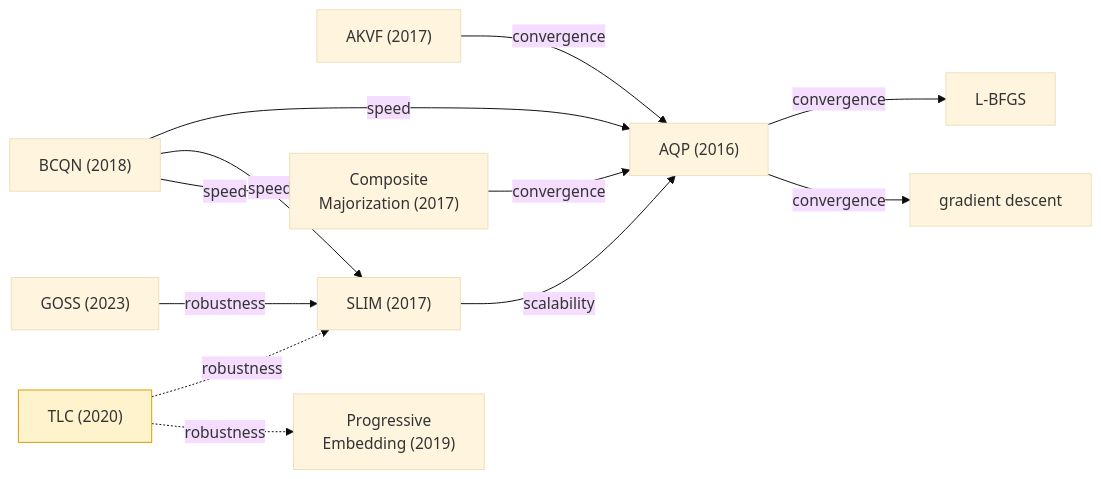
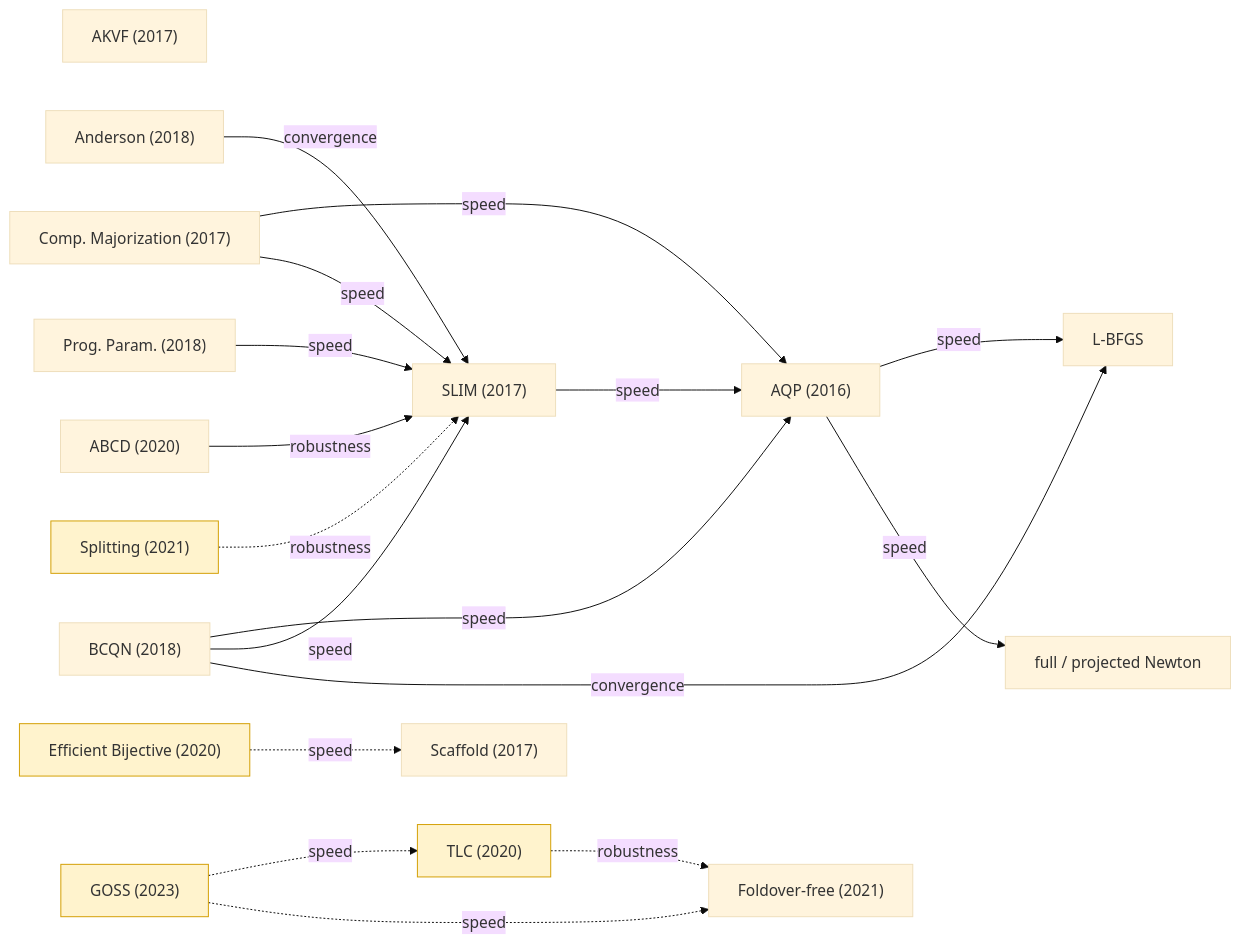
One commit to alecjacobson/mesh-elasticity-solver-benchmark changed the second of 4 diagrams in claims/README.md. Above: the diagram before and after it, drawn with Mermaid (base theme). The commit also changed other lines of this file and 1 other file, not shown here.

First line of the commit message:
Populate superiority-claims graph from per-paper extraction (#4)

````diff
--- a/claims/README.md
+++ b/claims/README.md
@@ -61,28 +67,39 @@
 ```mermaid
 flowchart LR
-    gd["gradient descent"]
     lbfgs["L-BFGS"]
+    fn["full / projected Newton"]
     aqp["AQP (2016)"]
     akvf["AKVF (2017)"]
     slim["SLIM (2017)"]
-    cm["Composite<br/>Majorization (2017)"]
+    cm["Comp. Majorization (2017)"]
     bcqn["BCQN (2018)"]
+    anderson["Anderson (2018)"]
+    pp["Prog. Param. (2018)"]
+    abcd["ABCD (2020)"]
+    split["Splitting (2021)"]
     goss["GOSS (2023)"]
     tlc["TLC (2020)"]
-    pe["Progressive<br/>Embedding (2019)"]
+    ff["Foldover-free (2021)"]
+    scaf["Scaffold (2017)"]
+    ebp["Efficient Bijective (2020)"]
 
-    aqp -->|convergence| lbfgs
-    aqp -->|convergence| gd
-    akvf -->|convergence| aqp
-    cm  -->|convergence| aqp
-    slim -->|scalability| aqp
+    aqp -->|speed| lbfgs
+    aqp -->|speed| fn
+    slim -->|speed| aqp
+    cm -->|speed| aqp
+    cm -->|speed| slim
     bcqn -->|speed| aqp
     bcqn -->|speed| slim
-    bcqn -->|speed| cm
-    goss -->|robustness| slim
-    tlc  -.->|robustness| slim
-    tlc  -.->|robustness| pe
+    bcqn -->|convergence| lbfgs
+    anderson -->|convergence| slim
+    pp -->|speed| slim
+    abcd -->|robustness| slim
+    split -.->|robustness| slim
+    goss -.->|speed| tlc
+    goss -.->|speed| ff
+    tlc -.->|robustness| ff
+    ebp -.->|speed| scaf
 
-    classDef qualified fill:#fff3cd,stroke:#d39e00;
-    class tlc qualified;
+    classDef q fill:#fff3cd,stroke:#d39e00;
+    class split,goss,tlc,ebp q;
 ```
````
